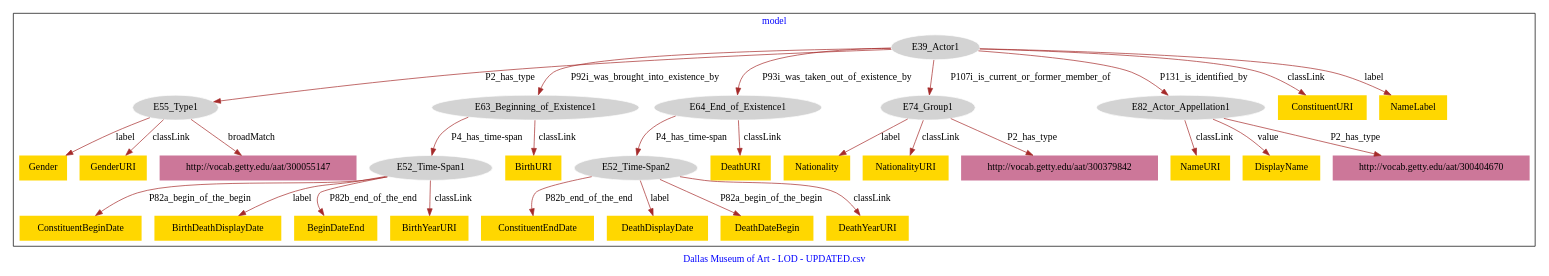
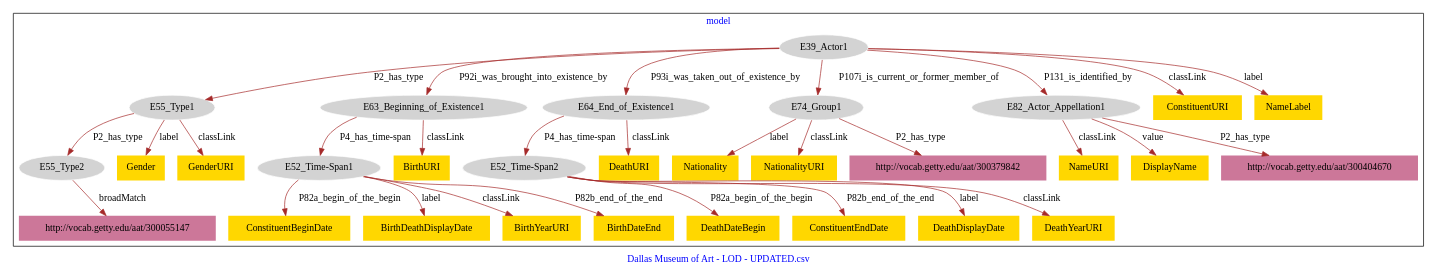
Before and after one commit to american-art/DMA: the diagram in Constituents/DMA_Constituents-model.dot, drawn with Graphviz.

Commit message:
Update file DMA_Constituents-model.dot

```diff
--- a/Constituents/DMA_Constituents-model.dot
+++ b/Constituents/DMA_Constituents-model.dot
@@ -1,65 +1,67 @@
 digraph n0 {
 fontcolor="blue"
 remincross="true"
 label="Dallas Museum of Art - LOD - UPDATED.csv"
 subgraph cluster {
 label="model"
 n2[style="filled",color="white",fillcolor="lightgray",label="E39_Actor1"];
 n3[style="filled",color="white",fillcolor="lightgray",label="E55_Type1"];
 n4[style="filled",color="white",fillcolor="lightgray",label="E63_Beginning_of_Existence1"];
 n5[style="filled",color="white",fillcolor="lightgray",label="E64_End_of_Existence1"];
 n6[style="filled",color="white",fillcolor="lightgray",label="E74_Group1"];
 n7[style="filled",color="white",fillcolor="lightgray",label="E82_Actor_Appellation1"];
-n8[style="filled",color="white",fillcolor="lightgray",label="E52_Time-Span1"];
-n9[style="filled",color="white",fillcolor="lightgray",label="E52_Time-Span2"];
-n10[shape="plaintext",style="filled",fillcolor="gold",label="Nationality"];
-n11[shape="plaintext",style="filled",fillcolor="gold",label="ConstituentBeginDate"];
-n12[shape="plaintext",style="filled",fillcolor="gold",label="BirthDeathDisplayDate"];
-n13[shape="plaintext",style="filled",fillcolor="gold",label="NameURI"];
-n14[shape="plaintext",style="filled",fillcolor="gold",label="DisplayName"];
-n15[shape="plaintext",style="filled",fillcolor="gold",label="Gender"];
-n16[shape="plaintext",style="filled",fillcolor="gold",label="BeginDateEnd"];
-n17[shape="plaintext",style="filled",fillcolor="gold",label="ConstituentURI"];
-n18[shape="plaintext",style="filled",fillcolor="gold",label="ConstituentEndDate"];
-n19[shape="plaintext",style="filled",fillcolor="gold",label="BirthYearURI"];
-n20[shape="plaintext",style="filled",fillcolor="gold",label="BirthURI"];
-n21[shape="plaintext",style="filled",fillcolor="gold",label="DeathDisplayDate"];
-n22[shape="plaintext",style="filled",fillcolor="gold",label="GenderURI"];
+n8[style="filled",color="white",fillcolor="lightgray",label="E55_Type2"];
+n9[style="filled",color="white",fillcolor="lightgray",label="E52_Time-Span1"];
+n10[style="filled",color="white",fillcolor="lightgray",label="E52_Time-Span2"];
+n11[shape="plaintext",style="filled",fillcolor="gold",label="Nationality"];
+n12[shape="plaintext",style="filled",fillcolor="gold",label="ConstituentBeginDate"];
+n13[shape="plaintext",style="filled",fillcolor="gold",label="BirthDeathDisplayDate"];
+n14[shape="plaintext",style="filled",fillcolor="gold",label="NameURI"];
+n15[shape="plaintext",style="filled",fillcolor="gold",label="DeathDateBegin"];
+n16[shape="plaintext",style="filled",fillcolor="gold",label="DisplayName"];
+n17[shape="plaintext",style="filled",fillcolor="gold",label="Gender"];
+n18[shape="plaintext",style="filled",fillcolor="gold",label="ConstituentURI"];
+n19[shape="plaintext",style="filled",fillcolor="gold",label="ConstituentEndDate"];
+n20[shape="plaintext",style="filled",fillcolor="gold",label="DeathDisplayDate"];
+n21[shape="plaintext",style="filled",fillcolor="gold",label="BirthYearURI"];
+n22[shape="plaintext",style="filled",fillcolor="gold",label="BirthURI"];
 n23[shape="plaintext",style="filled",fillcolor="gold",label="NationalityURI"];
-n24[shape="plaintext",style="filled",fillcolor="gold",label="NameLabel"];
+n24[shape="plaintext",style="filled",fillcolor="gold",label="GenderURI"];
 n25[shape="plaintext",style="filled",fillcolor="gold",label="DeathURI"];
-n26[shape="plaintext",style="filled",fillcolor="gold",label="DeathDateBegin"];
-n27[shape="plaintext",style="filled",fillcolor="gold",label="DeathYearURI"];
-n28[shape="plaintext",style="filled",fillcolor="#CC7799",label="http://vocab.getty.edu/aat/300404670"];
-n29[shape="plaintext",style="filled",fillcolor="#CC7799",label="http://vocab.getty.edu/aat/300379842"];
-n30[shape="plaintext",style="filled",fillcolor="#CC7799",label="http://vocab.getty.edu/aat/300055147"];
+n26[shape="plaintext",style="filled",fillcolor="gold",label="NameLabel"];
+n27[shape="plaintext",style="filled",fillcolor="gold",label="BirthDateEnd"];
+n28[shape="plaintext",style="filled",fillcolor="gold",label="DeathYearURI"];
+n29[shape="plaintext",style="filled",fillcolor="#CC7799",label="http://vocab.getty.edu/aat/300404670"];
+n30[shape="plaintext",style="filled",fillcolor="#CC7799",label="http://vocab.getty.edu/aat/300379842"];
+n31[shape="plaintext",style="filled",fillcolor="#CC7799",label="http://vocab.getty.edu/aat/300055147"];
 }
 n2 -> n3[color="brown",fontcolor="black",label="P2_has_type"]
 n2 -> n4[color="brown",fontcolor="black",label="P92i_was_brought_into_existence_by"]
 n2 -> n5[color="brown",fontcolor="black",label="P93i_was_taken_out_of_existence_by"]
 n2 -> n6[color="brown",fontcolor="black",label="P107i_is_current_or_former_member_of"]
 n2 -> n7[color="brown",fontcolor="black",label="P131_is_identified_by"]
-n4 -> n8[color="brown",fontcolor="black",label="P4_has_time-span"]
-n5 -> n9[color="brown",fontcolor="black",label="P4_has_time-span"]
-n6 -> n10[color="brown",fontcolor="black",label="label"]
-n8 -> n11[color="brown",fontcolor="black",label="P82a_begin_of_the_begin"]
-n8 -> n12[color="brown",fontcolor="black",label="label"]
-n7 -> n13[color="brown",fontcolor="black",label="classLink"]
-n7 -> n14[color="brown",fontcolor="black",label="value"]
-n3 -> n15[color="brown",fontcolor="black",label="label"]
-n8 -> n16[color="brown",fontcolor="black",label="P82b_end_of_the_end"]
-n2 -> n17[color="brown",fontcolor="black",label="classLink"]
-n9 -> n18[color="brown",fontcolor="black",label="P82b_end_of_the_end"]
-n8 -> n19[color="brown",fontcolor="black",label="classLink"]
-n4 -> n20[color="brown",fontcolor="black",label="classLink"]
-n9 -> n21[color="brown",fontcolor="black",label="label"]
-n3 -> n22[color="brown",fontcolor="black",label="classLink"]
+n3 -> n8[color="brown",fontcolor="black",label="P2_has_type"]
+n4 -> n9[color="brown",fontcolor="black",label="P4_has_time-span"]
+n5 -> n10[color="brown",fontcolor="black",label="P4_has_time-span"]
+n6 -> n11[color="brown",fontcolor="black",label="label"]
+n9 -> n12[color="brown",fontcolor="black",label="P82a_begin_of_the_begin"]
+n9 -> n13[color="brown",fontcolor="black",label="label"]
+n7 -> n14[color="brown",fontcolor="black",label="classLink"]
+n10 -> n15[color="brown",fontcolor="black",label="P82a_begin_of_the_begin"]
+n7 -> n16[color="brown",fontcolor="black",label="value"]
+n3 -> n17[color="brown",fontcolor="black",label="label"]
+n2 -> n18[color="brown",fontcolor="black",label="classLink"]
+n10 -> n19[color="brown",fontcolor="black",label="P82b_end_of_the_end"]
+n10 -> n20[color="brown",fontcolor="black",label="label"]
+n9 -> n21[color="brown",fontcolor="black",label="classLink"]
+n4 -> n22[color="brown",fontcolor="black",label="classLink"]
 n6 -> n23[color="brown",fontcolor="black",label="classLink"]
-n2 -> n24[color="brown",fontcolor="black",label="label"]
+n3 -> n24[color="brown",fontcolor="black",label="classLink"]
 n5 -> n25[color="brown",fontcolor="black",label="classLink"]
-n9 -> n26[color="brown",fontcolor="black",label="P82a_begin_of_the_begin"]
-n9 -> n27[color="brown",fontcolor="black",label="classLink"]
-n7 -> n28[color="brown",fontcolor="black",label="P2_has_type"]
-n6 -> n29[color="brown",fontcolor="black",label="P2_has_type"]
-n3 -> n30[color="brown",fontcolor="black",label="broadMatch"]
+n2 -> n26[color="brown",fontcolor="black",label="label"]
+n9 -> n27[color="brown",fontcolor="black",label="P82b_end_of_the_end"]
+n10 -> n28[color="brown",fontcolor="black",label="classLink"]
+n7 -> n29[color="brown",fontcolor="black",label="P2_has_type"]
+n6 -> n30[color="brown",fontcolor="black",label="P2_has_type"]
+n8 -> n31[color="brown",fontcolor="black",label="broadMatch"]
 }
```
